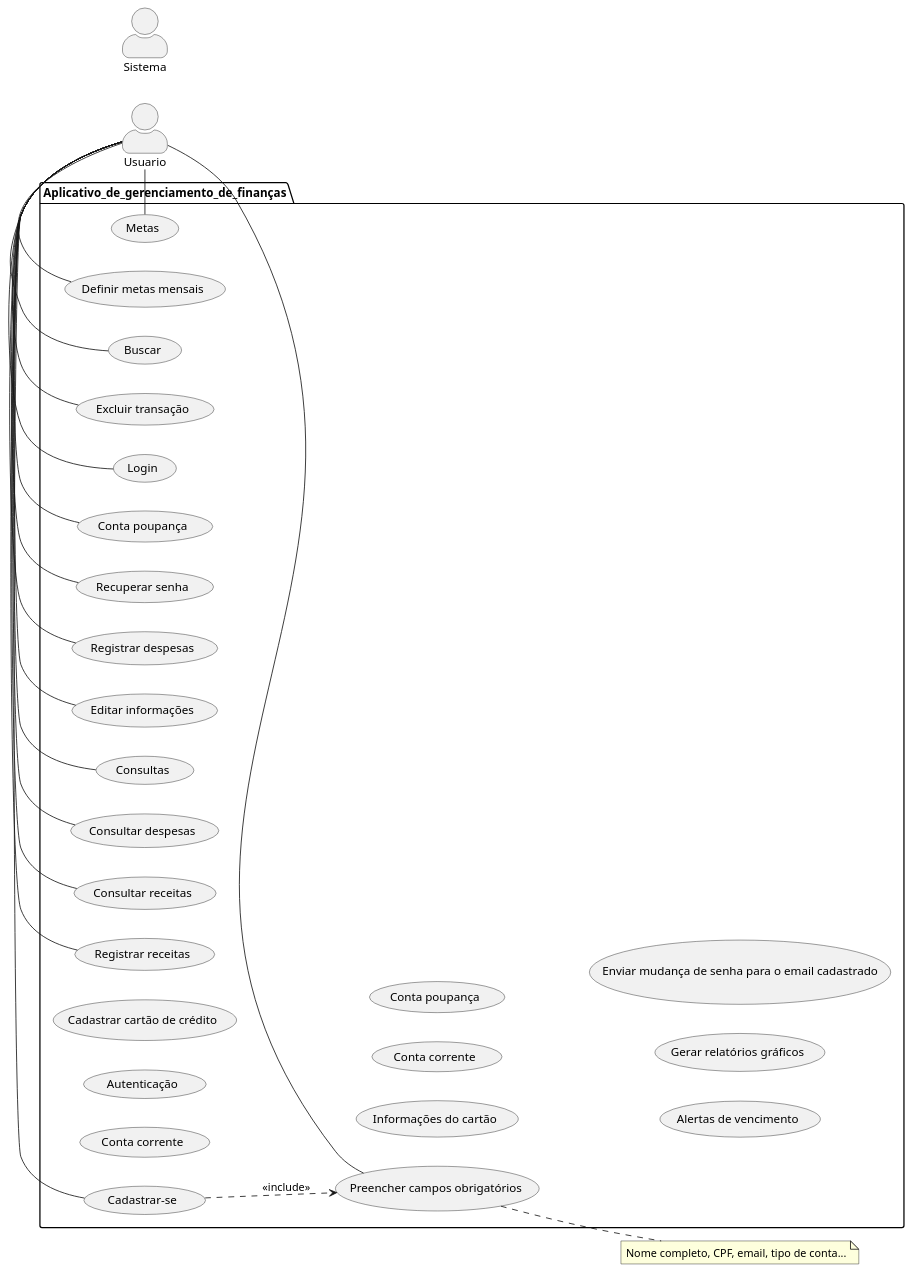
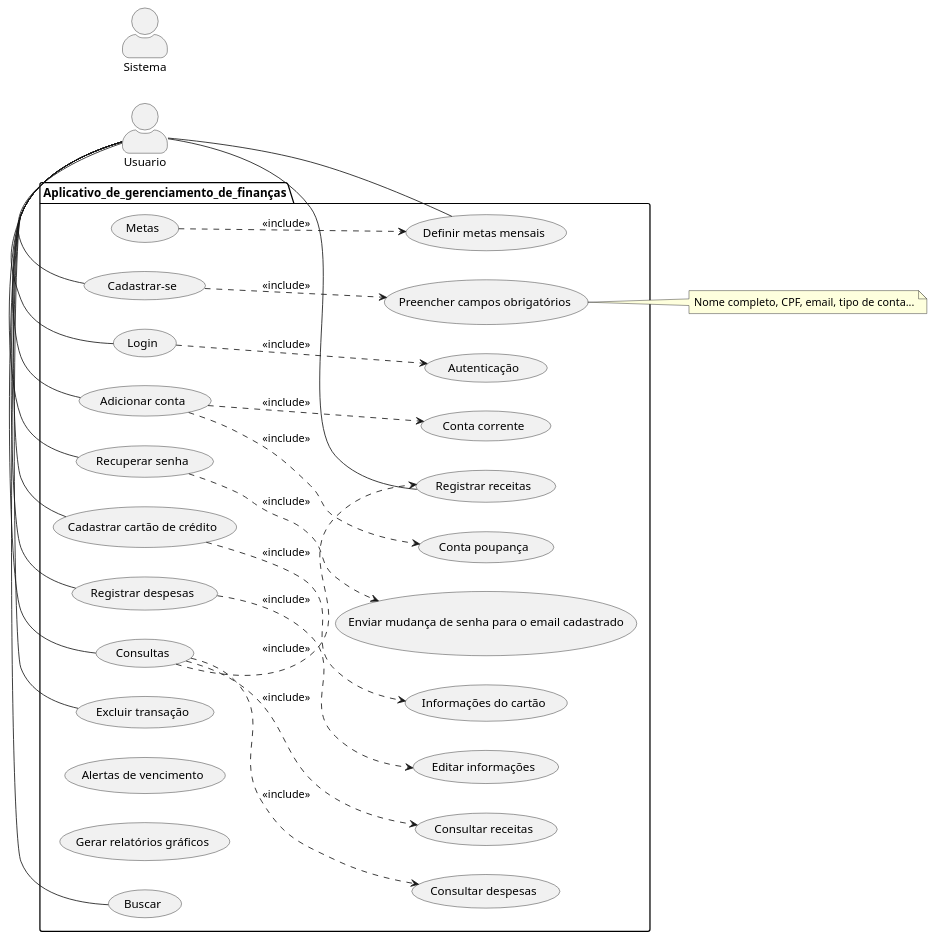
One commit to ClaraFelix667/finance-manager-a3 changed the diagram in diagrams/Diagrama_casos_uso.wsd. Above: the diagram before and after it, drawn with PlantUML.

Commit message:
add include

```diff
--- a/diagrams/Diagrama_casos_uso.wsd
+++ b/diagrams/Diagrama_casos_uso.wsd
@@ -1,58 +1,63 @@
 @startuml
 left to right direction
 skinparam actorStyle awesome
 actor Usuario as a1
 actor Sistema as a2
 note "Nome completo, CPF, email, tipo de conta..." as N1
 
 /'UCS -> Sistema
   UC -> Usuario'/
 package Aplicativo_de_gerenciamento_de_finanças {
     usecase "Cadastrar-se" as UC1
     usecase "Login" as UC2
-    usecase "Conta corrente" as UC3
+    usecase "Adicionar conta" as UC3
     usecase "Conta poupança" as UC4
+    usecase "Conta corrente" as UC9
     usecase "Preencher campos obrigatórios" as UC5
     usecase "Recuperar senha" as UC6
     usecase "Autenticação" as UCS1
     usecase "Cadastrar cartão de crédito" as UC7
     usecase "Informações do cartão" as UC8
-    usecase "Conta corrente" as UC9
-    usecase "Conta poupança" as UC10
     usecase "Alertas de vencimento" as UCS2
     usecase "Gerar relatórios gráficos" as UCS3
     usecase "Enviar mudança de senha para o email cadastrado" as UCS4
     usecase "Registrar despesas" as UC11
     usecase "Editar informações" as UC12
     usecase "Consultas" as UC13
     usecase "Consultar despesas" as UC14
     usecase "Consultar receitas" as UC15
     usecase "Registrar receitas" as UC16
     usecase "Metas" as UC17
     usecase "Definir metas mensais" as UC18
     usecase "Buscar" as UC19
     usecase "Excluir transação" as UC20
 }
 
 a1 - UC1
 a1 - UC2
-a1 - UC4
-a1 - UC5
+a1 - UC3
 a1 - UC6
+a1 - UC7
 a1 - UC11
-a1 - UC12
 a1 - UC13
-a1 - UC14
-a1 - UC15
 a1 - UC16
-a1 - UC17
 a1 - UC18
 a1 - UC19
 a1 - UC20
 
 
+
+/'Interacoes'/
 UC1 ..> UC5:<<include>>
+UC2 ..> UCS1:<<include>>
+UC3 ..> UC4:<<include>>
+UC3 ..> UC9:<<include>>
+UC7 ..> UC8:<<include>>
 UC5 .. N1
-
-
+UC6 ..> UCS4: <<include>>
+UC11 ..> UC12:<<include>>
+UC13 ..>UC14:<<include>>
+UC13 ..>UC15:<<include>>
+UC13 ..>UC16:<<include>>
+UC17 ..>UC18:<<include>>
 @enduml
```
